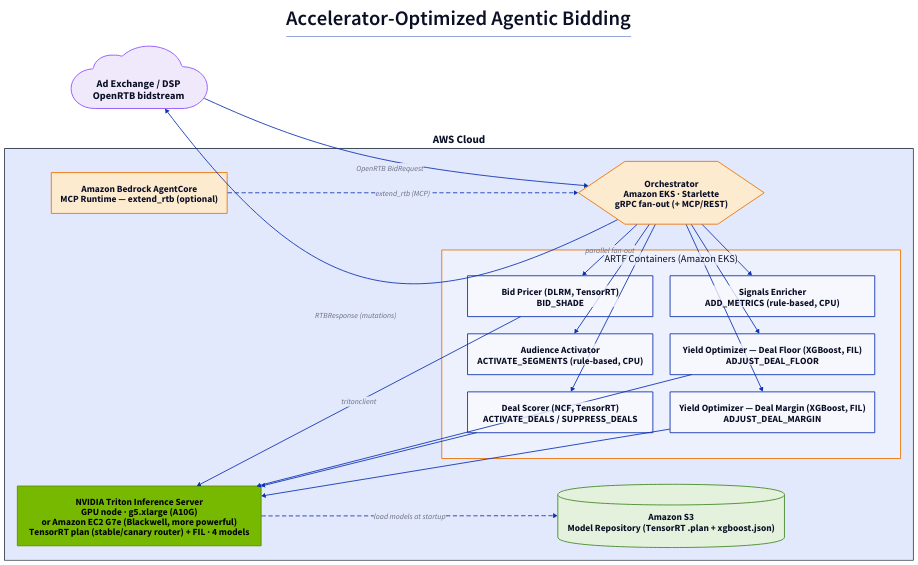
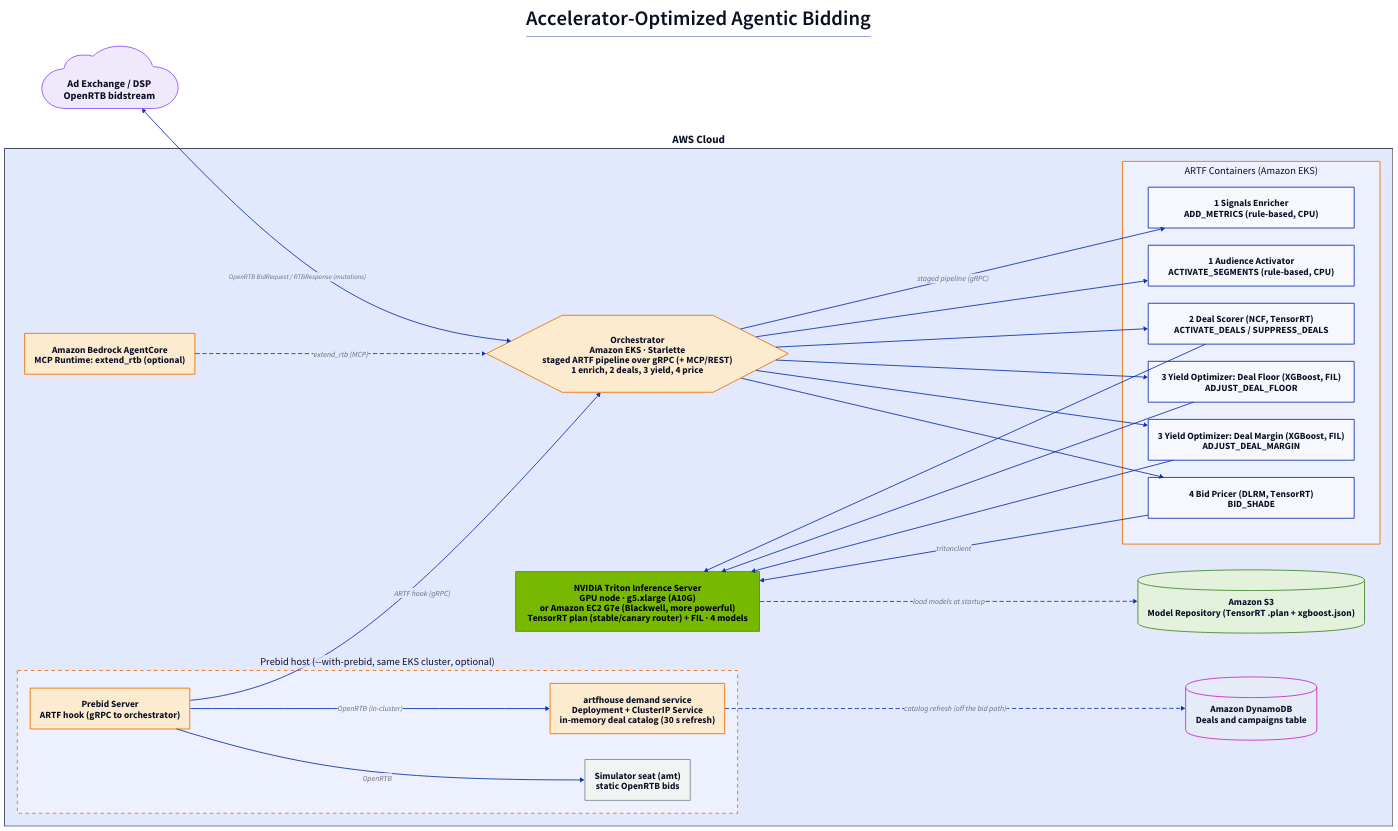
The diagram in assets/images/architecture-part1-realtime.d2 (aws-solutions-library-samples/guidance-for-accelerator-optimized-agentic-bidding-on-aws), drawn with D2 before and after one commit. The commit also changed 165 other files, not shown here.

First line of the commit message:
feat: in-cluster artfhouse demand, deals table, sample-trained Deal Scorer, rollout gates

```diff
--- a/assets/images/architecture-part1-realtime.d2
+++ b/assets/images/architecture-part1-realtime.d2
@@ -1,93 +1,128 @@
-# Part 1 — Real-Time Agentic Bidding (live integration path)
+# Part 1: Real-Time Agentic Bidding (live integration path)
 # Shows how the solution is invoked in a live environment: an ad exchange / DSP
-# calls the ARTF extension point directly over the bidstream. The React test
-# console and its Cognito/CloudFront auth path are intentionally omitted.
+# calls the ARTF extension point directly over the bidstream. The optional Prebid
+# host (--with-prebid) runs in the same EKS cluster and reaches the same extension
+# point through its ARTF hook. The React test console and its Cognito/CloudFront
+# auth path are intentionally omitted.
 
 direction: right
 
 # Increase font sizes everywhere for readability
 **.style.font-size: 22
 (** -> **)[*].style.font-size: 18
 
 title: |md
   # Accelerator-Optimized Agentic Bidding
 | {
   near: top-center
   style.font-size: 24
   style.bold: true
 }
 
 exchange: "Ad Exchange / DSP\nOpenRTB bidstream" {
   shape: cloud
   style.fill: "#EFE9FB"
   style.stroke: "#8C4FFF"
   style.font-size: 24
 }
 
 aws: "AWS Cloud" {
   style.stroke: "#232F3E"
   style.font-size: 26
   style.bold: true
 
-  orch: "Orchestrator\nAmazon EKS · Starlette\ngRPC fan-out (+ MCP/REST)" {
+  orch: "Orchestrator\nAmazon EKS · Starlette\nstaged ARTF pipeline over gRPC (+ MCP/REST)\n1 enrich, 2 deals, 3 yield, 4 price" {
     shape: hexagon
     style.fill: "#FDEBD0"
     style.stroke: "#ED7100"
     style.font-size: 22
   }
 
   containers: "ARTF Containers (Amazon EKS)" {
     style.stroke: "#ED7100"
     style.font-size: 24
-    grid-columns: 2
-    dlrm: "Bid Pricer (DLRM, TensorRT)\nBID_SHADE"
-    wd: "Audience Activator\nACTIVATE_SEGMENTS (rule-based, CPU)"
-    ncf: "Deal Scorer (NCF, TensorRT)\nACTIVATE_DEALS / SUPPRESS_DEALS"
-    metrics: "Signals Enricher\nADD_METRICS (rule-based, CPU)"
-    yield_floor: "Yield Optimizer — Deal Floor (XGBoost, FIL)\nADJUST_DEAL_FLOOR"
-    yield_margin: "Yield Optimizer — Deal Margin (XGBoost, FIL)\nADJUST_DEAL_MARGIN"
+    # Listed in pipeline stage order so the orchestrator edges do not cross.
+    grid-columns: 1
+    metrics: "1 Signals Enricher\nADD_METRICS (rule-based, CPU)"
+    wd: "1 Audience Activator\nACTIVATE_SEGMENTS (rule-based, CPU)"
+    ncf: "2 Deal Scorer (NCF, TensorRT)\nACTIVATE_DEALS / SUPPRESS_DEALS"
+    yield_floor: "3 Yield Optimizer: Deal Floor (XGBoost, FIL)\nADJUST_DEAL_FLOOR"
+    yield_margin: "3 Yield Optimizer: Deal Margin (XGBoost, FIL)\nADJUST_DEAL_MARGIN"
+    dlrm: "4 Bid Pricer (DLRM, TensorRT)\nBID_SHADE"
   }
 
   triton: "NVIDIA Triton Inference Server\nGPU node · g5.xlarge (A10G)\nor Amazon EC2 G7e (Blackwell, more powerful)\nTensorRT plan (stable/canary router) + FIL · 4 models" {
     style.fill: "#76b900"
     style.stroke: "#5a8c00"
     style.font-color: "#000000"
     style.font-size: 22
   }
 
   models: "Amazon S3\nModel Repository (TensorRT .plan + xgboost.json)" {
     shape: cylinder
     style.fill: "#E4F2DD"
     style.stroke: "#3F8624"
     style.font-size: 22
   }
 
-  agentcore: "Amazon Bedrock AgentCore\nMCP Runtime — extend_rtb (optional)" {
+  agentcore: "Amazon Bedrock AgentCore\nMCP Runtime: extend_rtb (optional)" {
     style.fill: "#FDEBD0"
     style.stroke: "#ED7100"
     style.font-size: 22
   }
+
+  prebid_host: "Prebid host (--with-prebid, same EKS cluster, optional)" {
+    style.stroke: "#ED7100"
+    style.stroke-dash: 4
+    style.font-size: 24
+
+    pbs: "Prebid Server\nARTF hook (gRPC to orchestrator)" {
+      style.fill: "#FDEBD0"
+      style.stroke: "#ED7100"
+    }
+    demand: "artfhouse demand service\nDeployment + ClusterIP Service\nin-memory deal catalog (30 s refresh)" {
+      style.fill: "#FDEBD0"
+      style.stroke: "#ED7100"
+    }
+    sim: "Simulator seat (amt)\nstatic OpenRTB bids" {
+      style.fill: "#F2F3F3"
+      style.stroke: "#7D8998"
+    }
+  }
+
+  deals: "Amazon DynamoDB\nDeals and campaigns table" {
+    shape: cylinder
+    style.fill: "#E6EBF8"
+    style.stroke: "#C925D1"
+    style.font-size: 22
+  }
 }
 
-exchange -> aws.orch: "OpenRTB BidRequest"
-aws.orch -> exchange: "RTBResponse (mutations)"
+exchange <-> aws.orch: "OpenRTB BidRequest / RTBResponse (mutations)"
 
-aws.orch -> aws.containers.dlrm: "parallel fan-out"
+aws.orch -> aws.containers.metrics: "staged pipeline (gRPC)"
 aws.orch -> aws.containers.wd
 aws.orch -> aws.containers.ncf
-aws.orch -> aws.containers.metrics
 aws.orch -> aws.containers.yield_floor
 aws.orch -> aws.containers.yield_margin
+aws.orch -> aws.containers.dlrm
 
 aws.containers.dlrm -> aws.triton: "tritonclient"
 aws.containers.ncf -> aws.triton
 aws.containers.yield_floor -> aws.triton
 aws.containers.yield_margin -> aws.triton
 
 aws.triton -> aws.models: "load models at startup" {
   style.stroke-dash: 4
 }
 
 aws.agentcore -> aws.orch: "extend_rtb (MCP)" {
   style.stroke-dash: 4
 }
+
+aws.prebid_host.pbs -> aws.orch: "ARTF hook (gRPC)"
+aws.prebid_host.pbs -> aws.prebid_host.demand: "OpenRTB (in-cluster)"
+aws.prebid_host.pbs -> aws.prebid_host.sim: "OpenRTB"
+aws.prebid_host.demand -> aws.deals: "catalog refresh (off the bid path)" {
+  style.stroke-dash: 4
+}
```
